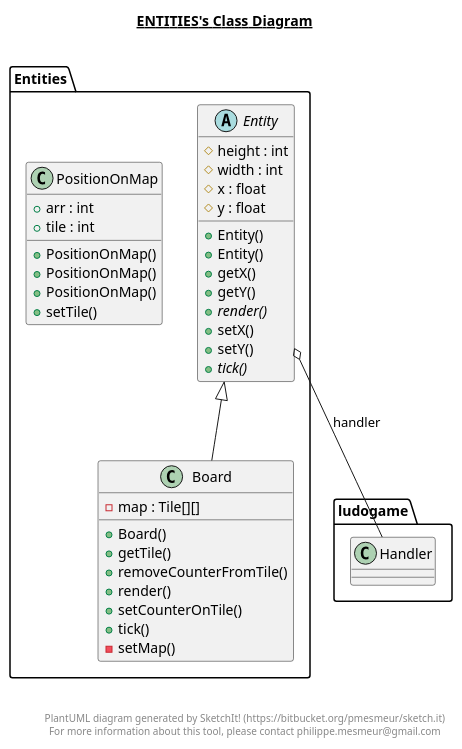
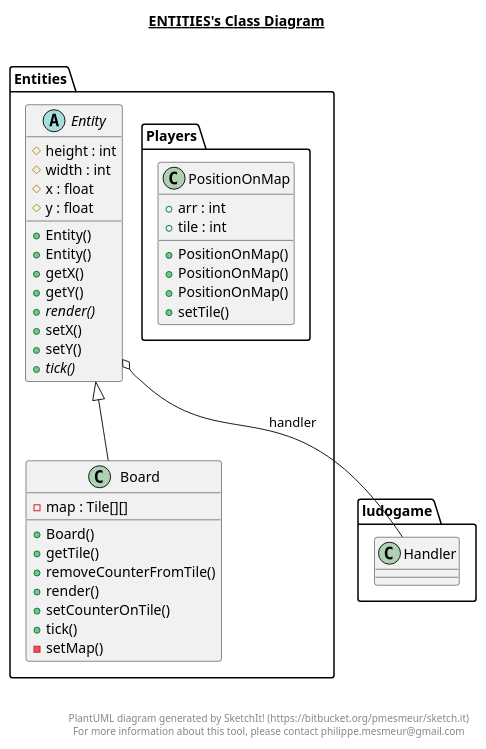
Before and after one commit to KrystianOg/Ludo-Legends: the diagram in src/Entities/Entities.plantuml, drawn with PlantUML. The commit also changed 44 other files, not shown here.

```diff
--- a/src/Entities/Entities.plantuml
+++ b/src/Entities/Entities.plantuml
@@ -1,60 +1,60 @@
 @startuml
 
 title __ENTITIES's Class Diagram__\n
 
   namespace Entities {
     class Entities.Board {
         - map : Tile[][]
         + Board()
         + getTile()
         + removeCounterFromTile()
         + render()
         + setCounterOnTile()
         + tick()
         - setMap()
     }
   }
   
 
   namespace Entities {
     abstract class Entities.Entity {
         # height : int
         # width : int
         # x : float
         # y : float
         + Entity()
         + Entity()
         + getX()
         + getY()
         {abstract} + render()
         + setX()
         + setY()
         {abstract} + tick()
     }
   }
   
 
   namespace Entities {
-    class Entities.PositionOnMap {
+    class Players.PositionOnMap {
         + arr : int
         + tile : int
         + PositionOnMap()
         + PositionOnMap()
         + PositionOnMap()
         + setTile()
     }
   }
   
 
   Entities.Board -up-|> Entities.Entity
   Entities.Entity o-- ludogame.Handler : handler
 
 
 right footer
 
 
 PlantUML diagram generated by SketchIt! (https://bitbucket.org/pmesmeur/sketch.it)
 For more information about this tool, please contact philippe.mesmeur@gmail.com
 endfooter
 
 @enduml
```
